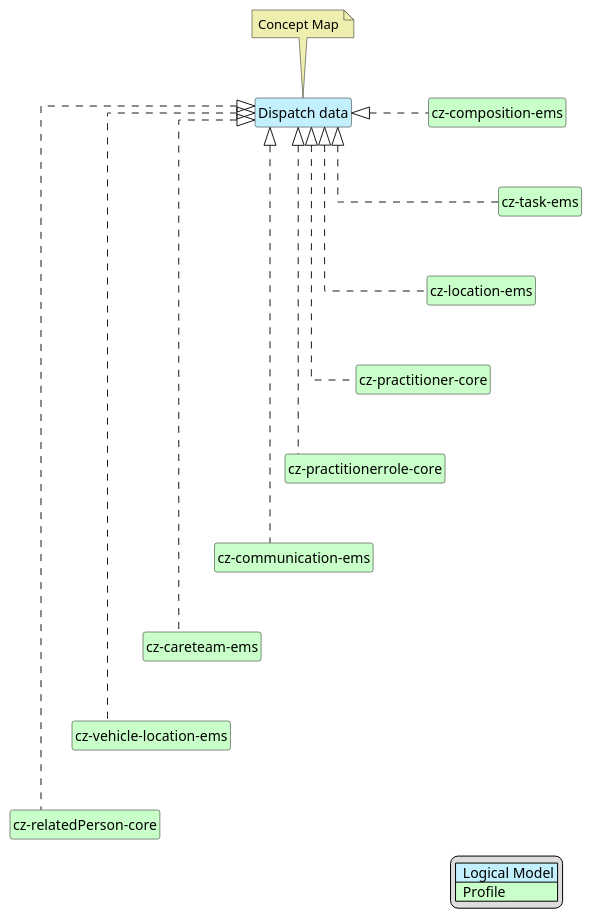
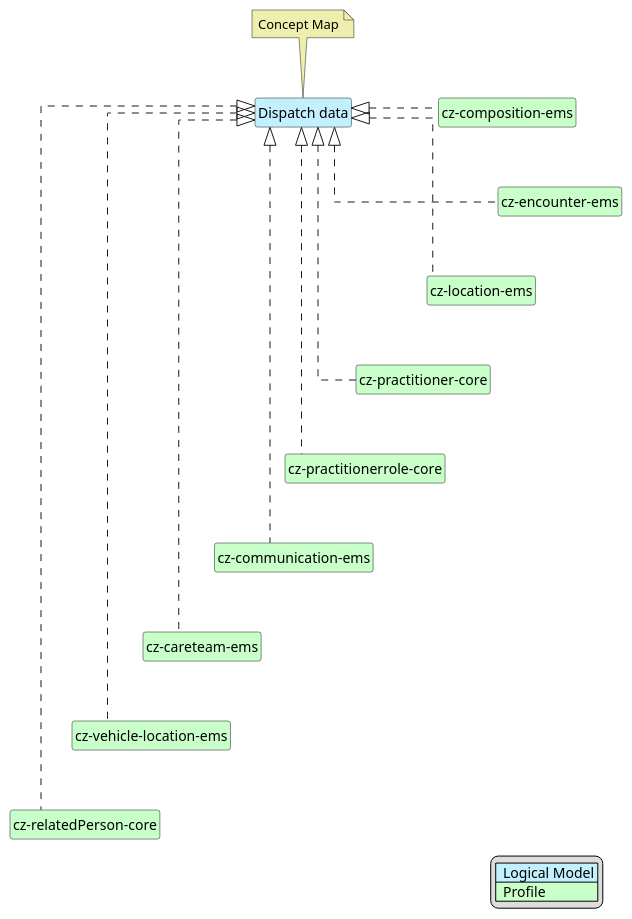
The diagram in input/images-source/emsDispatchData-map.plantuml (HL7-cz/cz-ems), drawn with PlantUML before and after one commit. The commit also changed 3 other files, not shown here.

Commit message:
update maps plantuml

```diff
--- a/input/images-source/emsDispatchData-map.plantuml
+++ b/input/images-source/emsDispatchData-map.plantuml
@@ -1,50 +1,50 @@
 @startuml
 hide circle
 hide stereotype
 hide members
 hide methods
 skinparam linetype ortho
 skinparam class {
 BackgroundColor<<LogicalModel>> #APPLICATION
 BackgroundColor<<Profile>> #TECHNOLOGY
 }
 legend right
 | <#APPLICATION>  Logical Model |
 | <#TECHNOLOGY>  Profile |
 endlegend
 
 class "Dispatch data" <<LogicalModel>> [[StructureDefinition-DispatchDataCz.html]]
 note top #EEEEAE [[ConceptMap-DispatchDataEMS2FHIR-cz.html]]
 Concept Map
 endnote
 
 class "cz-composition-ems" <<Profile>> [[StructureDefinition-cz-composition-ems.html]]
-class "cz-task-ems" <<Profile>> [[StructureDefinition-cz-task-ems.html]]
+class "cz-encounter-ems" <<Profile>> [[StructureDefinition-cz-encounter-ems.html]]
 class "cz-vehicle-location-ems" <<Profile>> [[StructureDefinition-cz-vehicle-location-ems.html]]
 class "cz-location-ems" <<Profile>> [[StructureDefinition-cz-location-ems.html]]
 class "cz-careteam-ems" <<Profile>> [[StructureDefinition-cz-careteam-ems.html]]
 class "cz-practitioner-core" <<Profile>> [[https://build.fhir.org/ig/HL7-cz/cz-core/StructureDefinition-cz-practitioner-core.html]]
 class "cz-practitionerrole-core" <<Profile>> [[https://build.fhir.org/ig/HL7-cz/cz-core/StructureDefinition-cz-practitionerrole-core.html]]
 class "cz-communication-ems" <<Profile>> [[StructureDefinition-cz-communication-ems.html]]
 class "cz-relatedPerson-core" <<Profile>> [[https://build.fhir.org/ig/HL7-cz/cz-core/StructureDefinition-cz-relatedPerson-core.html]]
 
 "Dispatch data" <|. "cz-composition-ems"
-"Dispatch data" <|. "cz-task-ems"
+"Dispatch data" <|. "cz-encounter-ems"
 "Dispatch data" <|. "cz-location-ems"
 "Dispatch data" <|. "cz-careteam-ems"
 "Dispatch data" <|. "cz-practitioner-core"
 "Dispatch data" <|. "cz-practitionerrole-core"
 "Dispatch data" <|. "cz-communication-ems"
 "Dispatch data" <|. "cz-vehicle-location-ems"
 "Dispatch data" <|. "cz-relatedPerson-core"
 
-"cz-composition-ems" -d[hidden]-> "cz-task-ems"
-"cz-task-ems" -d[hidden]-> "cz-location-ems"
+"cz-composition-ems" -d[hidden]-> "cz-encounter-ems"
+"cz-encounter-ems" -d[hidden]-> "cz-location-ems"
 "cz-location-ems" -d[hidden]-> "cz-practitioner-core"
 "cz-practitioner-core" -d[hidden]-> "cz-practitionerrole-core"
 "cz-practitionerrole-core" -d[hidden]-> "cz-communication-ems"
 "cz-communication-ems" -d[hidden]-> "cz-careteam-ems"
 "cz-careteam-ems" -d[hidden]-> "cz-vehicle-location-ems"
 "cz-vehicle-location-ems" -d[hidden]-> "cz-relatedPerson-core"
 
 @enduml
```
